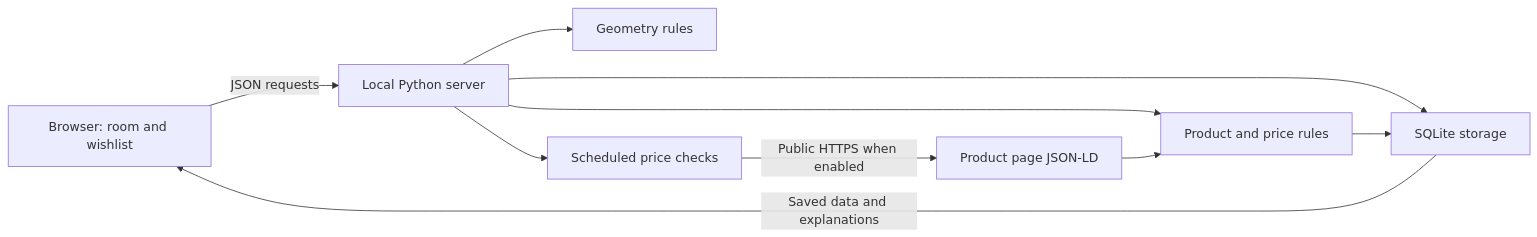
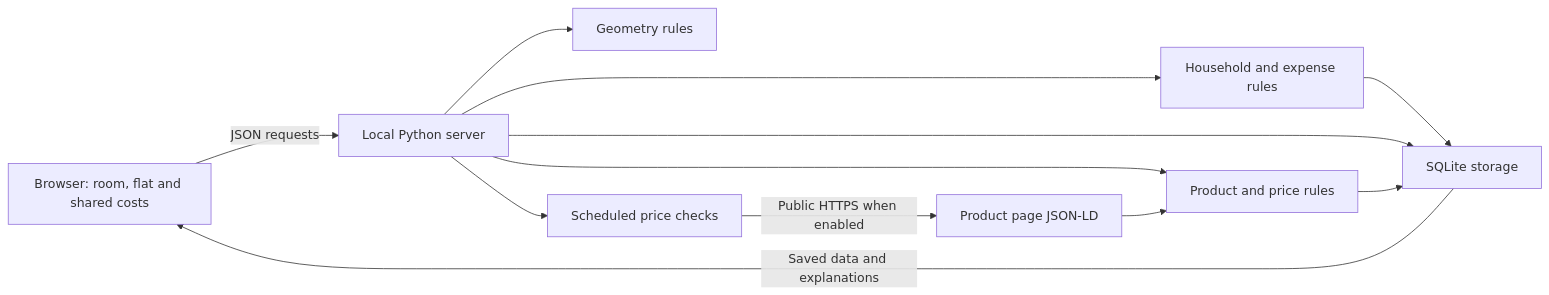
The diagram in docs/ARCHITECTURE.md (satyamtomar524-tech/roomies), drawn with Mermaid before and after one commit. The commit also changed other lines of this file and 37 other files, not shown here.

````diff
--- a/docs/ARCHITECTURE.md
+++ b/docs/ARCHITECTURE.md
@@ -5,12 +5,14 @@
 ```mermaid
 flowchart LR
-    A[Browser: room and wishlist] -->|JSON requests| B[Local Python server]
+    A[Browser: room, flat and shared costs] -->|JSON requests| B[Local Python server]
     B --> C[Geometry rules]
     B --> D[Product and price rules]
+    B --> H[Household and expense rules]
+    H --> E
     B --> E[SQLite storage]
     B --> F[Scheduled price checks]
     F -->|Public HTTPS when enabled| G[Product page JSON-LD]
     G --> D
     D --> E
     E -->|Saved data and explanations| A
 ```
````
